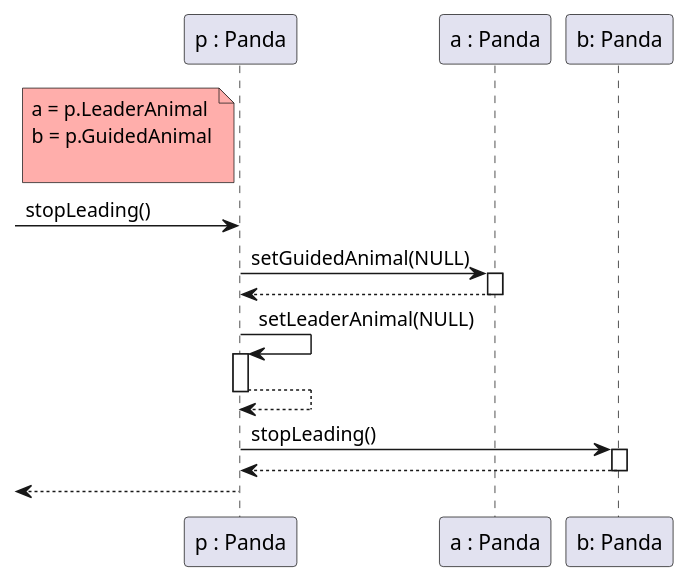
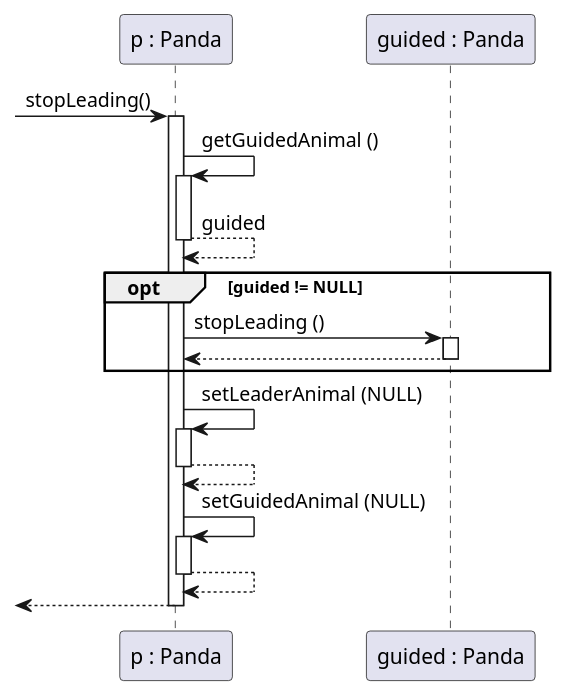
The diagram in 3-analysis-modell/java/src/main/plantuml/SequenceDiagram_Panda_stopLeading.puml (bokovhu/software-project-laboratory-assignment), drawn with PlantUML before and after one commit. The commit also changed 3 other files, not shown here.

Commit message:
Fix diagrams

```diff
--- a/3-analysis-modell/java/src/main/plantuml/SequenceDiagram_Panda_stopLeading.puml
+++ b/3-analysis-modell/java/src/main/plantuml/SequenceDiagram_Panda_stopLeading.puml
@@ -1,24 +1,29 @@
 @startuml
 participant "p : Panda" as p
-participant "a : Panda" as a
-participant "b: Panda" as b
-
-note left of p #FFAEAB
-a = p.LeaderAnimal
-b = p.GuidedAnimal
-
-endnote
+participant "guided : Panda" as guided
 
 [-> p : stopLeading()
-p->a ++ : setGuidedAnimal(NULL)
-a-->p --
-p->p ++: setLeaderAnimal(NULL)
-p-->p --
-p->b ++ : stopLeading()
-b-->p --
+activate p
+
+p -> p ++ : getGuidedAnimal ()
+p --> p -- : guided
+
+opt guided != NULL
+
+    p -> guided ++ : stopLeading ()
+    guided --> p --
+
+end
+
+p -> p ++ : setLeaderAnimal (NULL)
+p --> p --
+
+p -> p ++ : setGuidedAnimal (NULL)
+p --> p --
+
 [<--p
-
+deactivate p
 
 
 
 @enduml
```
